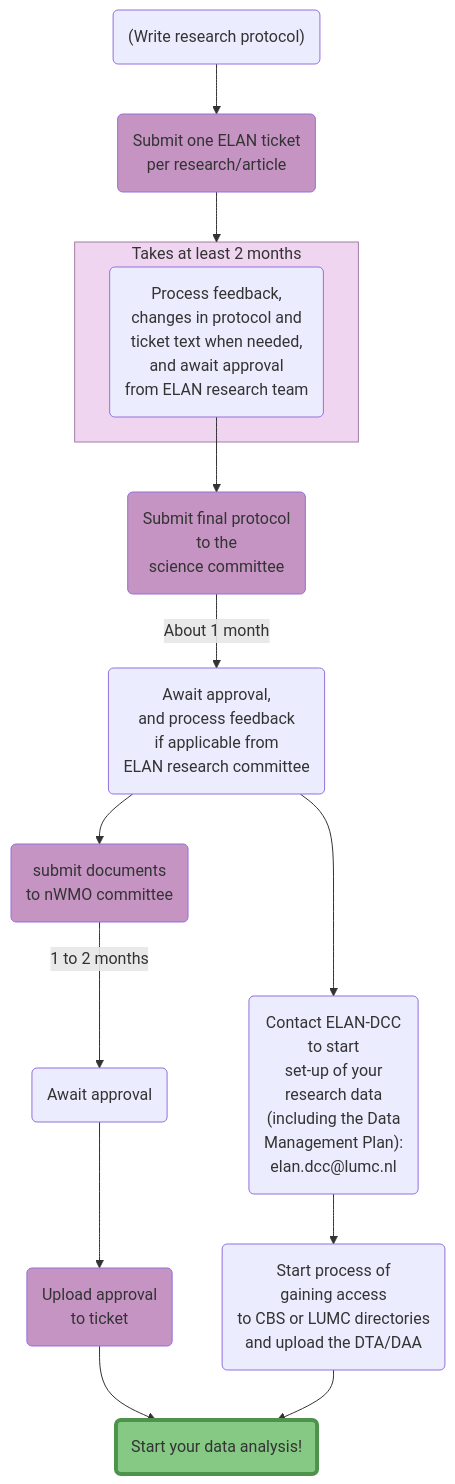
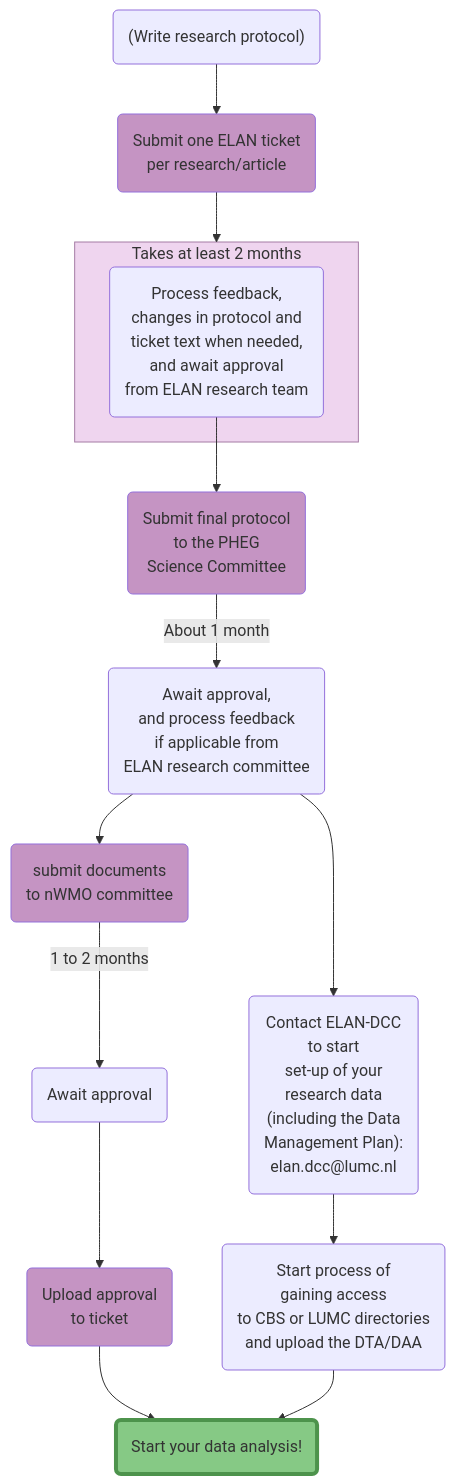
The diagram in charts/flowchart/main.mmd (elan-dcc/elan-dcc.github.io), drawn with Mermaid before and after one commit. The commit also changed 9 other files, not shown here.

```diff
--- a/charts/flowchart/main.mmd
+++ b/charts/flowchart/main.mmd
@@ -1,49 +1,49 @@
 flowchart TD
 id1("(Write research protocol)") --> id2(Submit one ELAN ticket\nper research/article)
 subgraph ticket [Takes at least 2 months]
     id4
 end
 id4(Process feedback, 
 changes in protocol and 
 ticket text when needed,
 and await approval
 from ELAN research team) --> id5
 id5(Submit final protocol
-to the
-science committee) -->|About 1 month| id6
+to the PHEG
+Science Committee) -->|About 1 month| id6
 id6(Await approval,
 and process feedback
 if applicable from
 ELAN research committee) --> id7
 id7(submit documents 
 to nWMO committee) -->|1 to 2 months| id9
 id9(Await approval) --> id10
 id10(Upload approval
 to ticket) --> idend(Start your data analysis!)
 id6 --> id8
 id8("Contact ELAN-DCC
 to start 
 set-up of your 
 research data
 (including the Data
 Management Plan):
 elan.dcc@lumc.nl") --> id11(Start process of
 gaining access
 to CBS or LUMC directories
 and upload the DTA/DAA)
 
 id2 --> ticket
 id11 --> idend
 
 
 style idend fill:#86c985,stroke:#4d934c,stroke-width:4px
 style id2 fill:#c594c3
 style id5 fill:#c594c3
 style id7 fill:#c594c3
 style id10 fill:#c594c3
 
 style ticket fill:#efd5ef, stroke:#a57ca5
 
 click id2 "https://elanresearch.nl" "ELAN research" _blank
 click id5 "https://elan-dcc.github.io/researchers/sciencecommittee" "Science committee"
 click id7 "https://www.metc-ldd.nl/toetsingsprocedures/niet-wmo-en-niet-mdr" "nWMO committee" _blank
```
